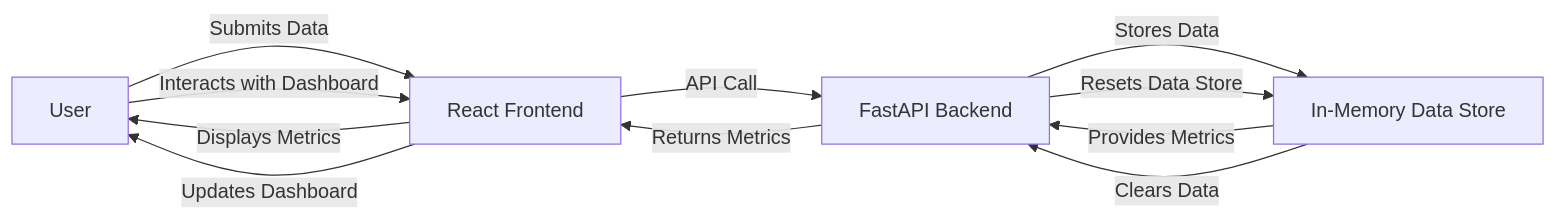
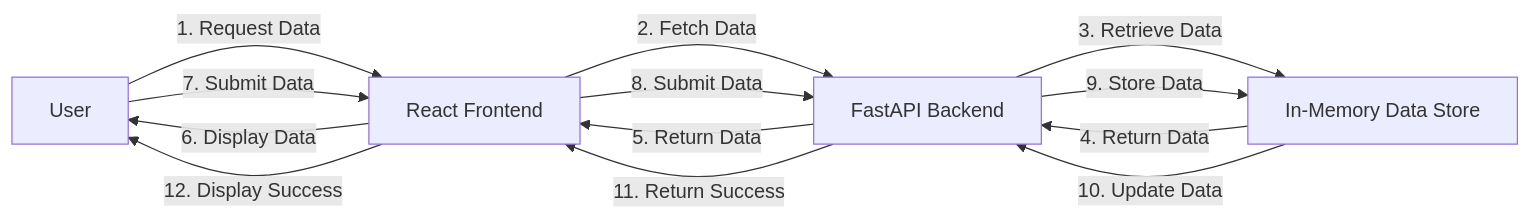
The diagram in PROJECT_DOC.md (coddyieee-sketch/ram-weather-optimizer-pro-max-plus), drawn with Mermaid before and after one commit. The commit also changed other lines of this file and 6 other files, not shown here.

````diff
--- a/PROJECT_DOC.md
+++ b/PROJECT_DOC.md
@@ -20,13 +24,15 @@
 ```mermaid
 graph LR
-    A[User] -->|Submits Data| B[React Frontend]
-    B -->|API Call| C[FastAPI Backend]
-    C -->|Stores Data| D[In-Memory Data Store]
-    D -->|Provides Metrics| C
-    C -->|Returns Metrics| B
-    B -->|Displays Metrics| A
-    A -->|Interacts with Dashboard| B
-    B -->|Updates Dashboard| A
-    C -->|Resets Data Store| D
-    D -->|Clears Data| C
+    A[User] -->|1. Request Data| B[React Frontend]
+    B -->|2. Fetch Data| C[FastAPI Backend]
+    C -->|3. Retrieve Data| D[In-Memory Data Store]
+    D -->|4. Return Data| C
+    C -->|5. Return Data| B
+    B -->|6. Display Data| A
+    A -->|7. Submit Data| B
+    B -->|8. Submit Data| C
+    C -->|9. Store Data| D
+    D -->|10. Update Data| C
+    C -->|11. Return Success| B
+    B -->|12. Display Success| A
 ```
````
